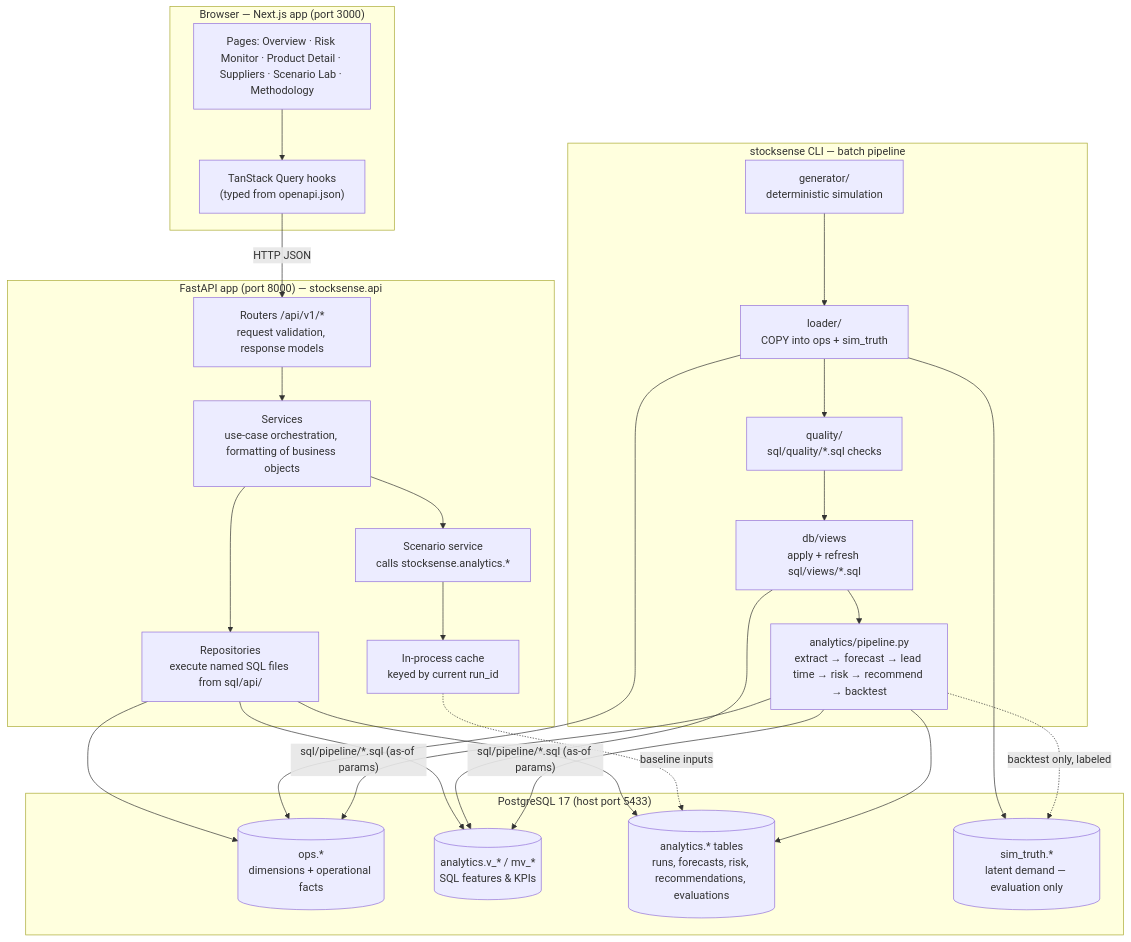
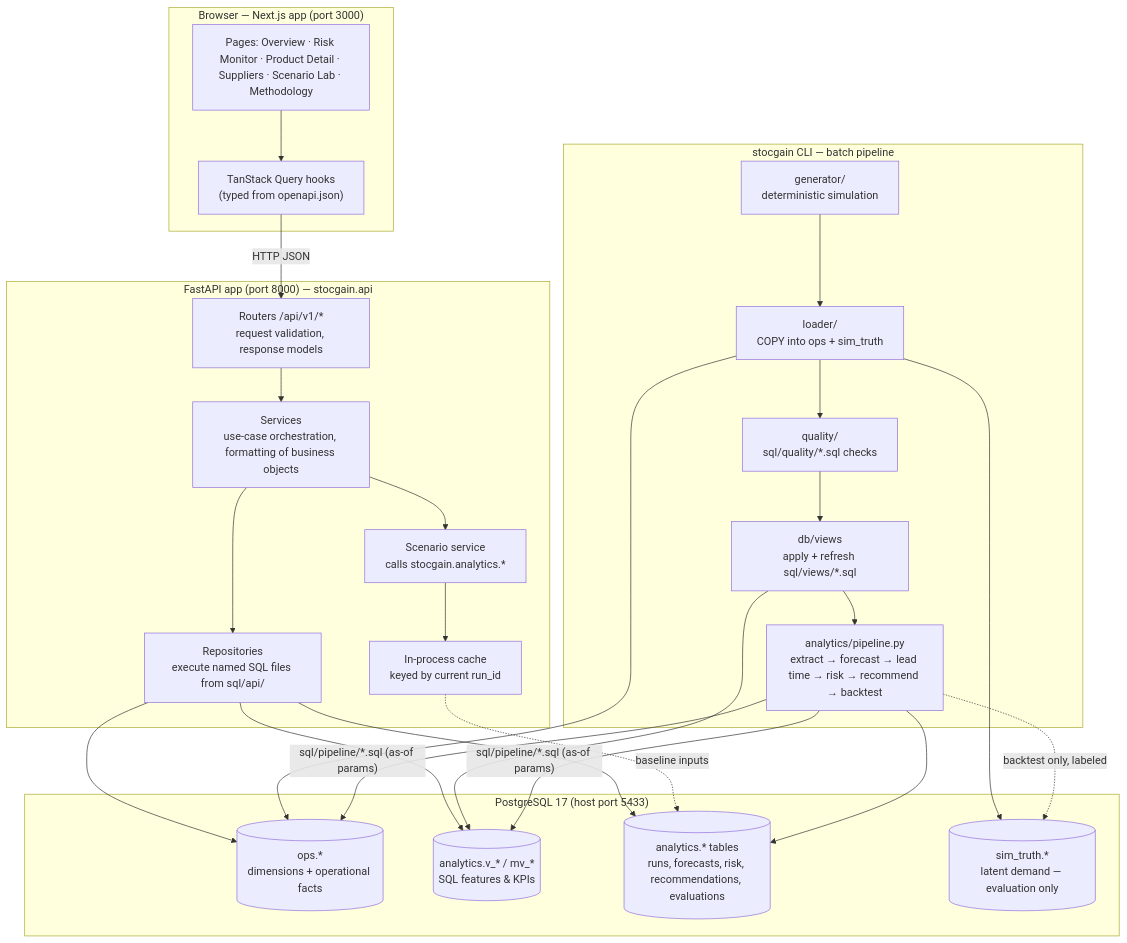
Before and after one commit to joeus1813/stocgain: the first of 2 diagrams in docs/02_TECHNICAL_ARCHITECTURE.md, drawn with Mermaid. The commit also changed other lines of this file and 54 other files, not shown here.

````diff
--- a/docs/02_TECHNICAL_ARCHITECTURE.md
+++ b/docs/02_TECHNICAL_ARCHITECTURE.md
@@ -61,43 +61,43 @@
 ```mermaid
 flowchart TB
     subgraph Browser["Browser — Next.js app (port 3000)"]
         Pages["Pages: Overview · Risk Monitor · Product Detail · Suppliers · Scenario Lab · Methodology"]
         RQ["TanStack Query hooks<br/>(typed from openapi.json)"]
         Pages --> RQ
     end
 
-    subgraph API["FastAPI app (port 8000) — stocksense.api"]
+    subgraph API["FastAPI app (port 8000) — stocgain.api"]
         R["Routers /api/v1/*<br/>request validation, response models"]
         S["Services<br/>use-case orchestration, formatting of business objects"]
         Repo["Repositories<br/>execute named SQL files from sql/api/"]
-        Scen["Scenario service<br/>calls stocksense.analytics.*"]
+        Scen["Scenario service<br/>calls stocgain.analytics.*"]
         Cache["In-process cache<br/>keyed by current run_id"]
         R --> S --> Repo
         S --> Scen --> Cache
     end
 
-    subgraph CLI["stocksense CLI — batch pipeline"]
+    subgraph CLI["stocgain CLI — batch pipeline"]
         Gen["generator/<br/>deterministic simulation"]
         Load["loader/<br/>COPY into ops + sim_truth"]
         DQ["quality/<br/>sql/quality/*.sql checks"]
         Views["db/views<br/>apply + refresh sql/views/*.sql"]
         Pipe["analytics/pipeline.py<br/>extract → forecast → lead time → risk → recommend → backtest"]
         Gen --> Load --> DQ --> Views --> Pipe
     end
 
     subgraph PG["PostgreSQL 17 (host port 5433)"]
         OPS[("ops.*<br/>dimensions + operational facts")]
         ANV[("analytics.v_* / mv_*<br/>SQL features & KPIs")]
         ANT[("analytics.* tables<br/>runs, forecasts, risk, recommendations, evaluations")]
         SIM[("sim_truth.*<br/>latent demand — evaluation only")]
     end
 
     RQ -- "HTTP JSON" --> R
     Repo --> ANV & ANT & OPS
     Cache -. "baseline inputs" .-> ANT
     Load --> OPS & SIM
     Views --> ANV
     Pipe -- "sql/pipeline/*.sql (as-of params)" --> ANV & OPS
     Pipe --> ANT
     Pipe -. "backtest only, labeled" .-> SIM
 ```
````
